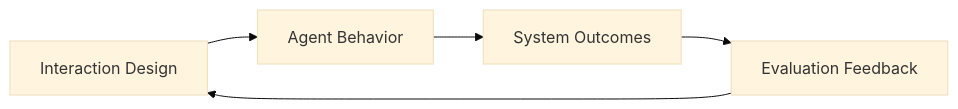
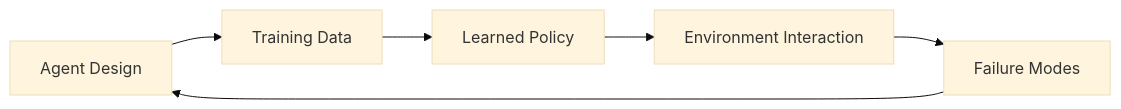
One commit to m-rizqinovniari/agentic-handbook changed the third of 4 diagrams in docusaurus/docs/part-2/chapter-8.md. Above: the diagram before and after it, drawn with Mermaid (base theme). The commit also changed other lines of this file and 19 other files, not shown here.

````diff
--- a/docusaurus/docs/part-2/chapter-8.md
+++ b/docusaurus/docs/part-2/chapter-8.md
@@ -316,7 +270,8 @@
 ```mermaid
-flowchart LR
-    A[Interaction Design] --> B[Agent Behavior]
-    B --> C[System Outcomes]
-    C --> D[Evaluation Feedback]
-    D --> A
+graph LR
+    A[Agent Design] --> B[Training Data]
+    B --> C[Learned Policy]
+    C --> D[Environment Interaction]
+    D --> E[Failure Modes]
+    E --> A
 ```
````
